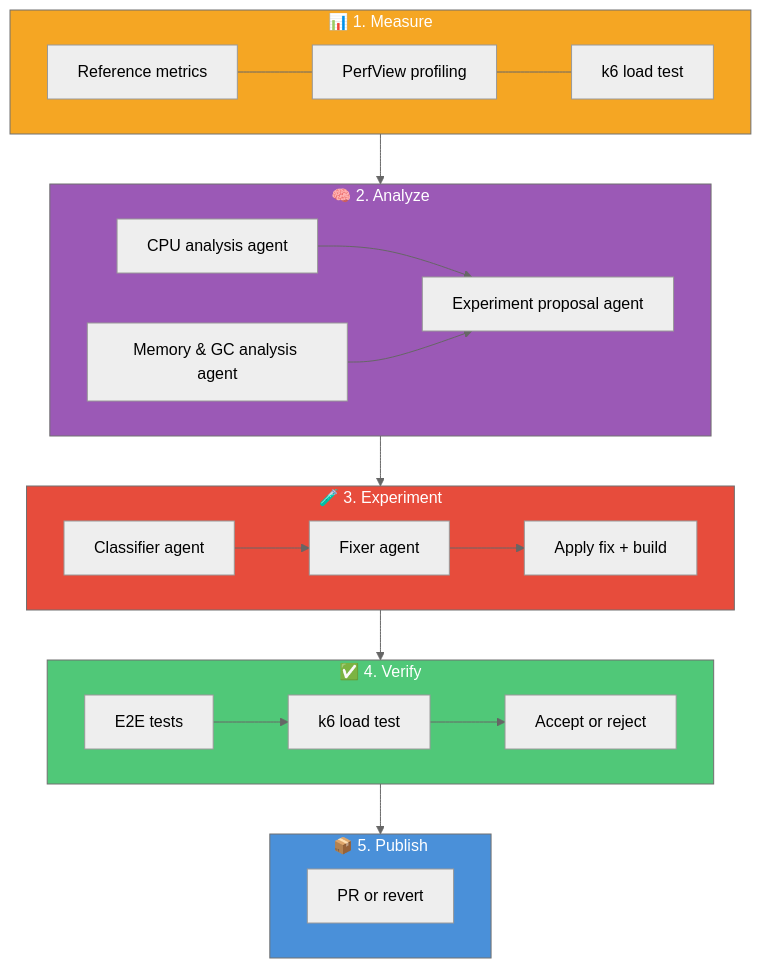
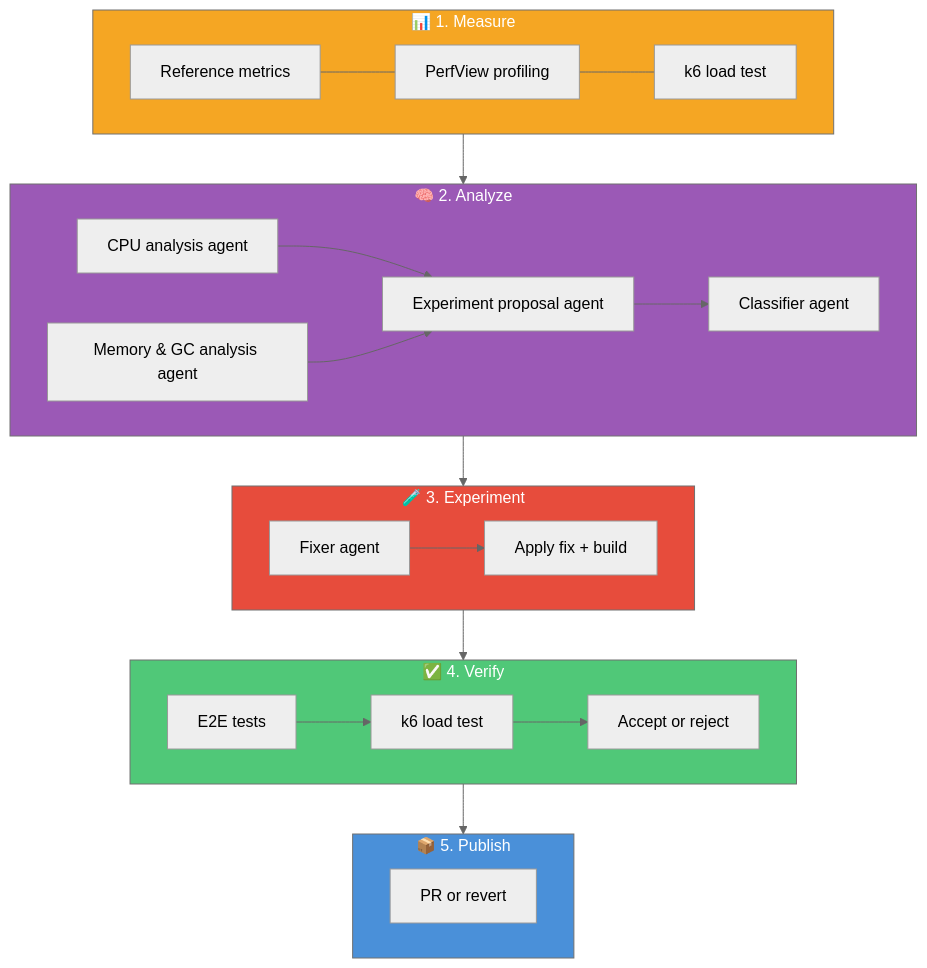
The first of 2 diagrams in docs/architecture.md (J-Bax/Hone), drawn with Mermaid (neutral theme) before and after one commit.

Commit message:
docs: move Classifier agent into Analyze stage

````diff
--- a/docs/architecture.md
+++ b/docs/architecture.md
@@ -25,43 +25,44 @@
 ```mermaid
 flowchart TD
     subgraph MEASURE["📊 1. Measure"]
         M1["Reference metrics"]
         M2["PerfView profiling"]
         M3["k6 load test"]
         M1 --- M2 --- M3
     end
 
     subgraph ANALYZE["🧠 2. Analyze"]
         A1["CPU analysis agent"]
         A2["Memory & GC analysis agent"]
         A3["Experiment proposal agent"]
+        A4["Classifier agent"]
         A1 --> A3
         A2 --> A3
+        A3 --> A4
     end
 
     subgraph EXPERIMENT["🧪 3. Experiment"]
-        E1["Classifier agent"]
-        E2["Fixer agent"]
-        E3["Apply fix + build"]
-        E1 --> E2 --> E3
+        E1["Fixer agent"]
+        E2["Apply fix + build"]
+        E1 --> E2
     end
 
     subgraph VERIFY["✅ 4. Verify"]
         V1["E2E tests"]
         V2["k6 load test"]
         V3["Accept or reject"]
         V1 --> V2 --> V3
     end
 
     subgraph PUBLISH["📦 5. Publish"]
         P1["PR or revert"]
     end
 
     MEASURE --> ANALYZE --> EXPERIMENT --> VERIFY --> PUBLISH
 
     style MEASURE fill:#f5a623,color:#fff
     style ANALYZE fill:#9b59b6,color:#fff
     style EXPERIMENT fill:#e74c3c,color:#fff
     style VERIFY fill:#50c878,color:#fff
     style PUBLISH fill:#4a90d9,color:#fff
 ```
````
